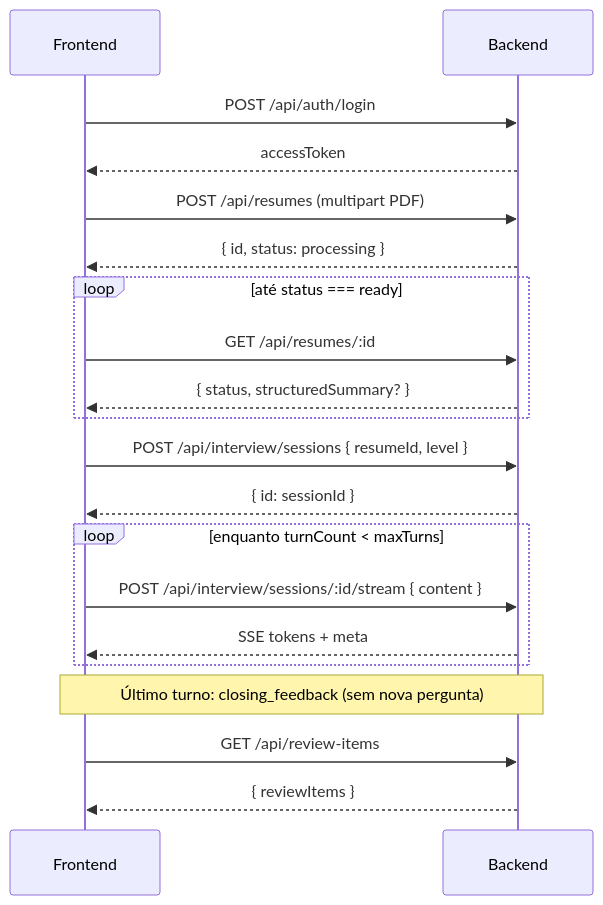
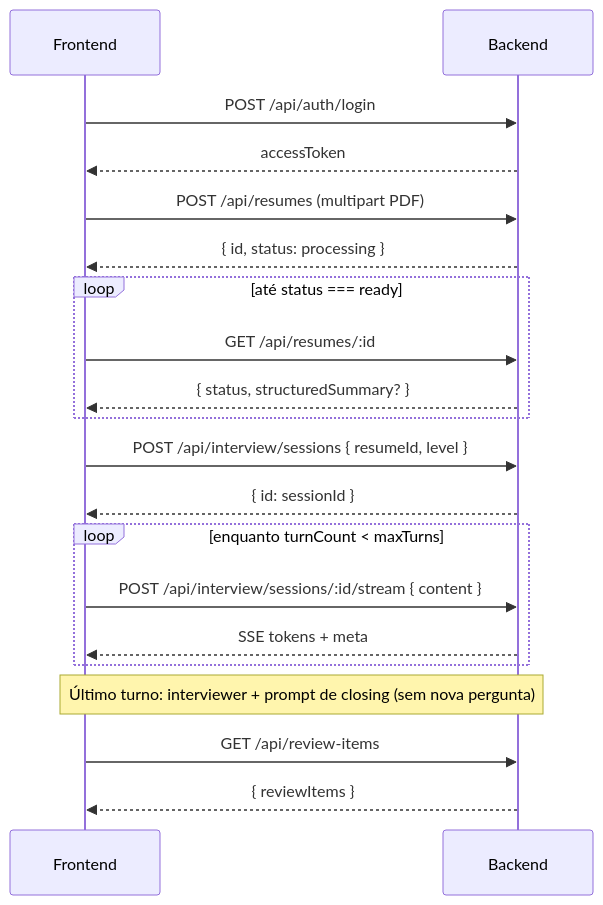
The first of 2 diagrams in backend/docs/frontend-mock-interview-api.md (ProgramadoresSemPatria/HB01-2026-ai-mock-interview), drawn with Mermaid before and after one commit. The commit also changed other lines of this file and 11 other files, not shown here.

Commit message:
refactor: streamline interview graph logic by removing closing feedback node and updating related prompts

````diff
--- a/backend/docs/frontend-mock-interview-api.md
+++ b/backend/docs/frontend-mock-interview-api.md
@@ -30,28 +30,28 @@
 ```mermaid
 sequenceDiagram
   participant UI as Frontend
   participant API as Backend
 
   UI->>API: POST /api/auth/login
   API-->>UI: accessToken
 
   UI->>API: POST /api/resumes (multipart PDF)
   API-->>UI: { id, status: processing }
 
   loop até status === ready
     UI->>API: GET /api/resumes/:id
     API-->>UI: { status, structuredSummary? }
   end
 
   UI->>API: POST /api/interview/sessions { resumeId, level }
   API-->>UI: { id: sessionId }
 
   loop enquanto turnCount < maxTurns
     UI->>API: POST /api/interview/sessions/:id/stream { content }
     API-->>UI: SSE tokens + meta
   end
 
-  Note over UI,API: Último turno: closing_feedback (sem nova pergunta)
+  Note over UI,API: Último turno: interviewer + prompt de closing (sem nova pergunta)
   UI->>API: GET /api/review-items
   API-->>UI: { reviewItems }
 ```
````
